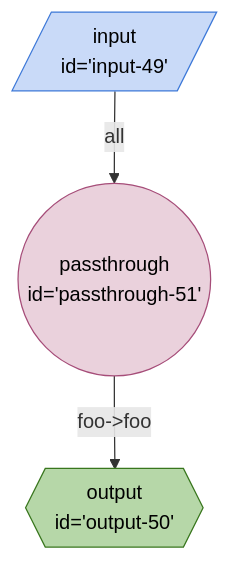
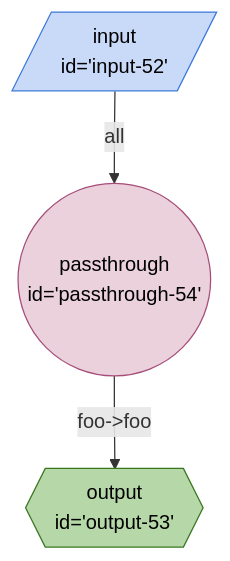
The diagram in seeds/breadboard-web/docs/graphs/new/simple-graph.md (breadboard-ai/breadboard), drawn with Mermaid before and after one commit. The commit also changed 19 other files, not shown here.

````diff
--- a/seeds/breadboard-web/docs/graphs/new/simple-graph.md
+++ b/seeds/breadboard-web/docs/graphs/new/simple-graph.md
@@ -3,14 +3,14 @@
 ```mermaid
 %%{init: 'themeVariables': { 'fontFamily': 'Fira Code, monospace' }}%%
 graph TD;
-passthrough51(("passthrough <br> id='passthrough-51'")):::passthrough -- "foo->foo" --> output50{{"output <br> id='output-50'"}}:::output
-input49[/"input <br> id='input-49'"/]:::input -- all --> passthrough51(("passthrough <br> id='passthrough-51'")):::passthrough
+passthrough54(("passthrough <br> id='passthrough-54'")):::passthrough -- "foo->foo" --> output53{{"output <br> id='output-53'"}}:::output
+input52[/"input <br> id='input-52'"/]:::input -- all --> passthrough54(("passthrough <br> id='passthrough-54'")):::passthrough
 classDef default stroke:#ffab40,fill:#fff2ccff,color:#000
 classDef input stroke:#3c78d8,fill:#c9daf8ff,color:#000
 classDef output stroke:#38761d,fill:#b6d7a8ff,color:#000
 classDef passthrough stroke:#a64d79,fill:#ead1dcff,color:#000
 classDef slot stroke:#a64d79,fill:#ead1dcff,color:#000
 classDef config stroke:#a64d79,fill:#ead1dcff,color:#000
 classDef secrets stroke:#db4437,fill:#f4cccc,color:#000
 classDef slotted stroke:#a64d79
 ```
````
